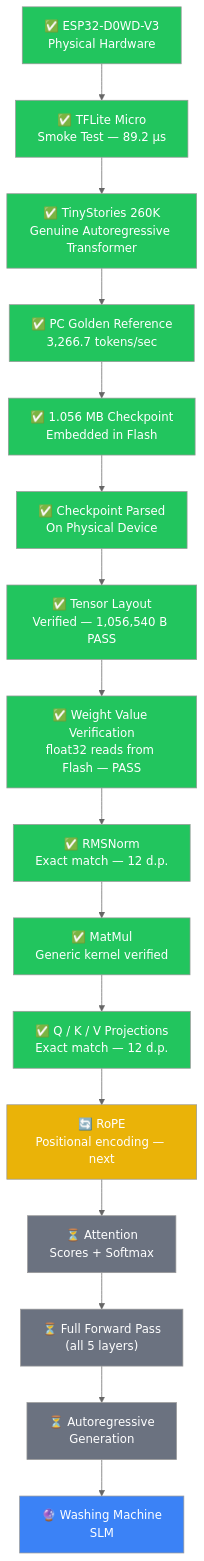
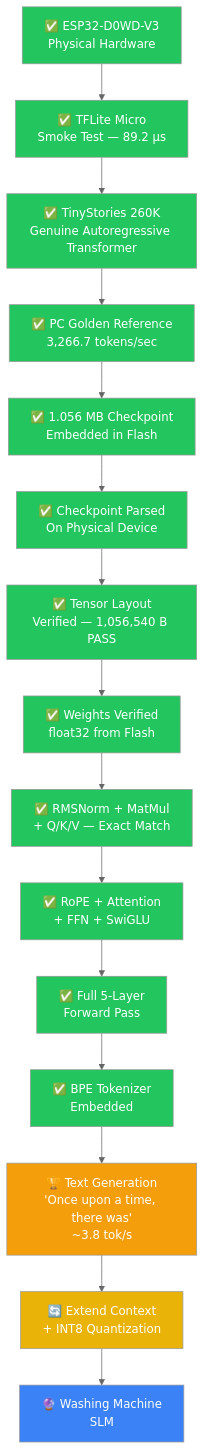
Diagram 14 of 14 in README.md (AMAANALI70/SLM), drawn with Mermaid (neutral theme) before and after one commit. The commit also changed other lines of this file, not shown here.

````diff
--- a/README.md
+++ b/README.md
@@ -1059,35 +1247,33 @@
 ```mermaid
 flowchart TD
     A["✅ ESP32-D0WD-V3\nPhysical Hardware"] --> B["✅ TFLite Micro\nSmoke Test — 89.2 µs"]
     B --> C["✅ TinyStories 260K\nGenuine Autoregressive Transformer"]
     C --> D["✅ PC Golden Reference\n3,266.7 tokens/sec"]
     D --> E["✅ 1.056 MB Checkpoint\nEmbedded in Flash"]
     E --> F["✅ Checkpoint Parsed\nOn Physical Device"]
     F --> G["✅ Tensor Layout\nVerified — 1,056,540 B PASS"]
-    G --> H["✅ Weight Value Verification\nfloat32 reads from Flash — PASS"]
-    H --> I["✅ RMSNorm\nExact match — 12 d.p."]
-    I --> J["✅ MatMul\nGeneric kernel verified"]
-    J --> K["✅ Q / K / V Projections\nExact match — 12 d.p."]
-    K --> L["🔄 RoPE\nPositional encoding — next"]
-    L --> M["⏳ Attention\nScores + Softmax"]
-    M --> N["⏳ Full Forward Pass\n(all 5 layers)"]
-    N --> O["⏳ Autoregressive\nGeneration"]
-    O --> P["🔮 Washing Machine\nSLM"]
+    G --> H["✅ Weights Verified\nfloat32 from Flash"]
+    H --> I["✅ RMSNorm + MatMul\n+ Q/K/V — Exact Match"]
+    I --> J["✅ RoPE + Attention\n+ FFN + SwiGLU"]
+    J --> K["✅ Full 5-Layer\nForward Pass"]
+    K --> L["✅ BPE Tokenizer\nEmbedded"]
+    L --> M["🏆 Text Generation\n'Once upon a time, there was'\n~3.8 tok/s"]
+    M --> N["🔄 Extend Context\n+ INT8 Quantization"]
+    N --> O["🔮 Washing Machine\nSLM"]
 
     style A fill:#22c55e,color:#fff
     style B fill:#22c55e,color:#fff
     style C fill:#22c55e,color:#fff
     style D fill:#22c55e,color:#fff
     style E fill:#22c55e,color:#fff
     style F fill:#22c55e,color:#fff
     style G fill:#22c55e,color:#fff
     style H fill:#22c55e,color:#fff
     style I fill:#22c55e,color:#fff
     style J fill:#22c55e,color:#fff
     style K fill:#22c55e,color:#fff
-    style L fill:#eab308,color:#fff
-    style M fill:#6b7280,color:#fff
-    style N fill:#6b7280,color:#fff
-    style O fill:#6b7280,color:#fff
-    style P fill:#3b82f6,color:#fff
+    style L fill:#22c55e,color:#fff
+    style M fill:#f59e0b,color:#fff
+    style N fill:#eab308,color:#fff
+    style O fill:#3b82f6,color:#fff
 ```
````
